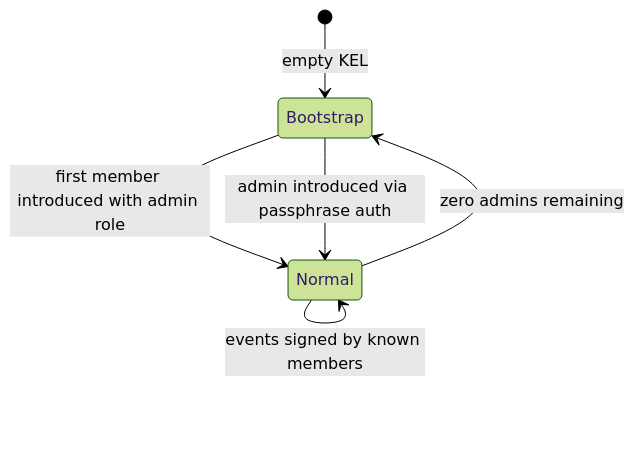
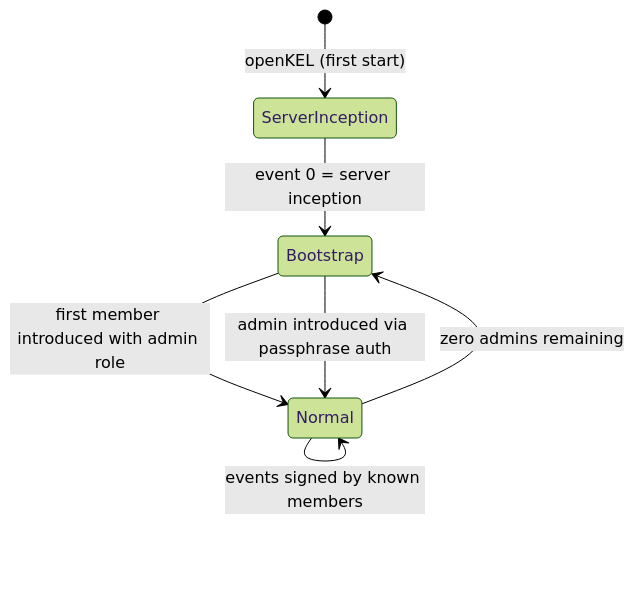
One commit to paolino/kelgroups changed the first of 5 diagrams in docs/docs/design.md. Above: the diagram before and after it, drawn with Mermaid (forest theme). The commit also changed other lines of this file and 13 other files, not shown here.

First line of the commit message:
feat: server identity and L1 inception (Step 6)

````diff
--- a/docs/docs/design.md
+++ b/docs/docs/design.md
@@ -106,8 +106,9 @@
 ```mermaid
 stateDiagram-v2
-    [*] --> Bootstrap : empty KEL
+    [*] --> ServerInception : openKEL (first start)
+    ServerInception --> Bootstrap : event 0 = server inception
     Bootstrap --> Normal : first member introduced with admin role
     Normal --> Normal : events signed by known members
     Normal --> Bootstrap : zero admins remaining
     Bootstrap --> Normal : admin introduced via passphrase auth
 ```
````
